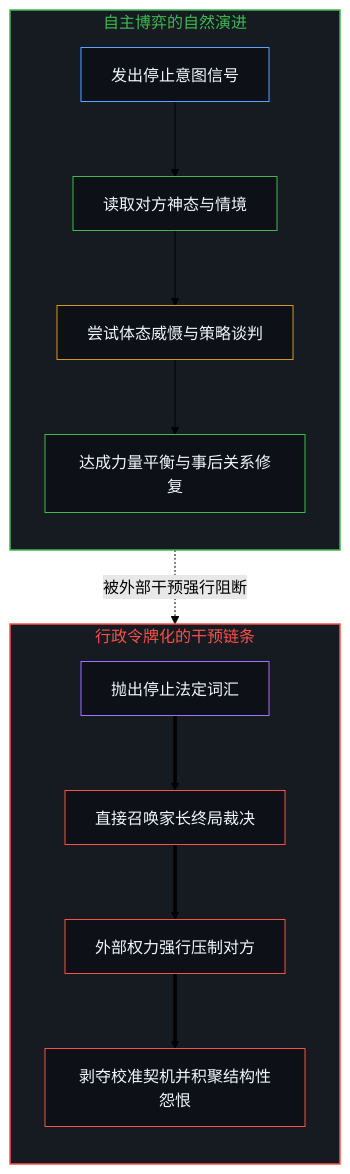
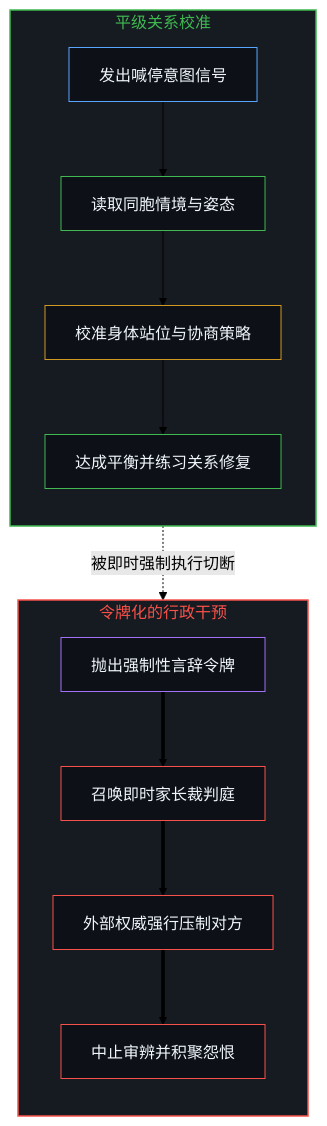
The third of 6 diagrams in content/posts/the-unfrictioned-mind-and-borrowed-omnipotence.md (powerpig99/not-a-toe), drawn with Mermaid (forest theme) before and after one commit. The commit also changed other lines of this file and 3 other files, not shown here.

````diff
--- a/content/posts/the-unfrictioned-mind-and-borrowed-omnipotence.md
+++ b/content/posts/the-unfrictioned-mind-and-borrowed-omnipotence.md
@@ -79,26 +79,26 @@
 ```mermaid
 flowchart TD
-  subgraph S_NAT["自主博弈的自然演进"]
+  subgraph S_NAT["平级关系校准"]
     direction TB
-    N_SIG["发出停止意图信号"] --> N_READ["读取对方神态与情境"]
-    N_READ --> N_ADJUST["尝试体态威慑与策略谈判"]
-    N_ADJUST --> N_REPAIR["达成力量平衡与事后关系修复"]
+    N_SIG["发出喊停意图信号"] --> N_READ["读取同胞情境与姿态"]
+    N_READ --> N_ADJUST["校准身体站位与协商策略"]
+    N_ADJUST --> N_REPAIR["达成平衡并练习关系修复"]
   end
-  subgraph S_TOKEN["行政令牌化的干预链条"]
+  subgraph S_TOKEN["令牌化的行政干预"]
     direction TB
-    T_WORD["抛出停止法定词汇"] ==> T_SUMMON["直接召唤家长终局裁决"]
-    T_SUMMON ==> T_CRUSH["外部权力强行压制对方"]
-    T_CRUSH ==> T_RESENT["剥夺校准契机并积聚结构性怨恨"]
+    T_WORD["抛出强制性言辞令牌"] ==> T_SUMMON["召唤即时家长裁判庭"]
+    T_SUMMON ==> T_CRUSH["外部权威强行压制对方"]
+    T_CRUSH ==> T_RESENT["中止审辨并积聚怨恨"]
   end
-  N_ADJUST -.->|"被外部干预强行阻断"| T_SUMMON
+  N_ADJUST -.->|"被即时强制执行切断"| T_SUMMON
   style S_NAT fill:#161b22,stroke:#3fb950,stroke-width:1.5px,color:#3fb950
   style S_TOKEN fill:#161b22,stroke:#f85149,stroke-width:1.5px,color:#f85149
   style N_SIG fill:#0d1117,stroke:#58a6ff,stroke-width:1px,color:#f0f6fc
   style N_READ fill:#0d1117,stroke:#3fb950,stroke-width:1px,color:#f0f6fc
   style N_ADJUST fill:#0d1117,stroke:#d29922,stroke-width:1px,color:#f0f6fc
   style N_REPAIR fill:#0d1117,stroke:#3fb950,stroke-width:1px,color:#f0f6fc
   style T_WORD fill:#0d1117,stroke:#a371f7,stroke-width:1px,color:#f0f6fc
   style T_SUMMON fill:#0d1117,stroke:#f85149,stroke-width:1px,color:#f0f6fc
   style T_CRUSH fill:#0d1117,stroke:#f85149,stroke-width:1px,color:#f0f6fc
   style T_RESENT fill:#0d1117,stroke:#f85149,stroke-width:1px,color:#f0f6fc
 ```
````
